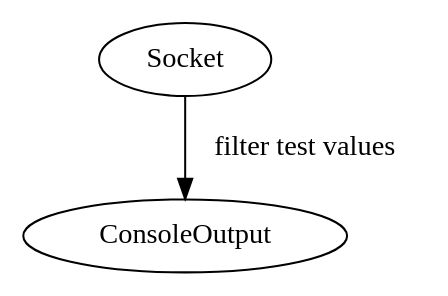
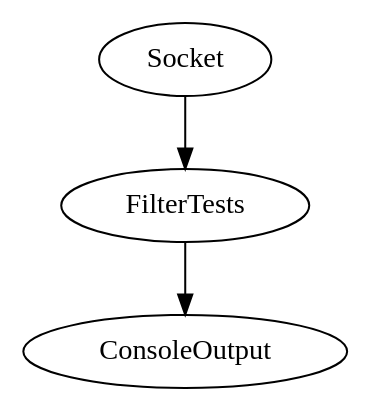
Before and after one commit to sinkingpoint/clogger: the diagram in config.dot, drawn with Graphviz. The commit also changed 9 other files, not shown here.

```diff
--- a/config.dot
+++ b/config.dot
@@ -1,6 +1,7 @@
 digraph pipeline {
-  Socket [type=socket parser=newline]
+  Socket [type=socket parser=json]
   ConsoleOutput [type=stdout format=console color=true]
+  FilterTests [type=tengo file="test.tengo"]
 
-  Socket -> ConsoleOutput [label="filter test values", filter_type=match key=test value=test]
+  Socket -> FilterTests -> ConsoleOutput
 }
```
